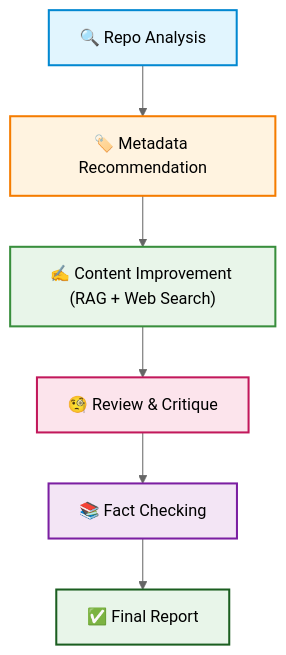
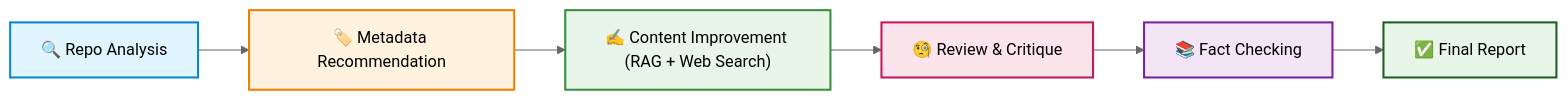
Before and after one commit to abdi7d/Publication-Assistant-for-AI-Projects: the diagram in README.md, drawn with Mermaid (neutral theme).

Commit message:
README  for Publication Assistant for AI Projects

````diff
--- a/README.md
+++ b/README.md
@@ -53,15 +53,15 @@
 ```mermaid
-graph TD
+graph LR
     A["🔍 Repo Analysis"] --> B["🏷️ Metadata Recommendation"]
     B --> C["✍️ Content Improvement (RAG + Web Search)"]
     C --> D["🧐 Review & Critique"]
     D --> E["📚 Fact Checking"]
     E --> F["✅ Final Report"]
 
     style A fill:#e1f5fe,stroke:#0288d1,stroke-width:2px;
     style B fill:#fff3e0,stroke:#f57c00,stroke-width:2px;
     style C fill:#e8f5e9,stroke:#388e3c,stroke-width:2px;
     style D fill:#fce4ec,stroke:#c2185b,stroke-width:2px;
     style E fill:#f3e5f5,stroke:#7b1fa2,stroke-width:2px;
     style F fill:#e8f5e9,stroke:#1b5e20,stroke-width:2px;
 ```
````
